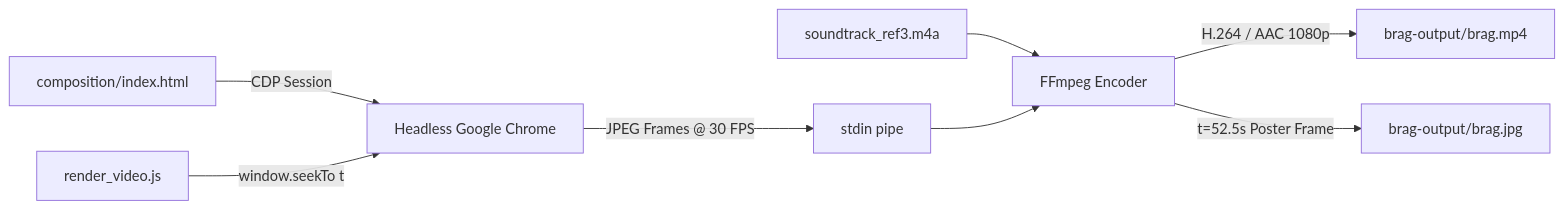
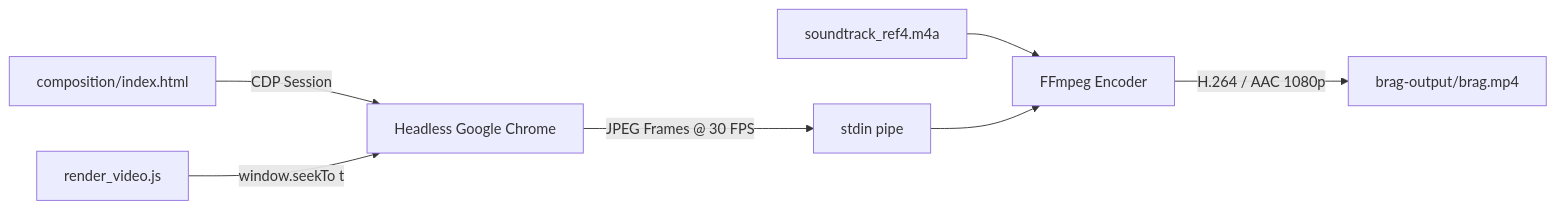
Before and after one commit to MdKasif0/iWriteTech-Video: the diagram in README.md, drawn with Mermaid. The commit also changed other lines of this file and 3 other files, not shown here.

````diff
--- a/README.md
+++ b/README.md
@@ -93,10 +93,9 @@
 ```mermaid
 graph LR
     HTML[composition/index.html] -->|CDP Session| Chrome[Headless Google Chrome]
     Script[render_video.js] -->|window.seekTo t | Chrome
     Chrome -->|JPEG Frames @ 30 FPS| Pipe[stdin pipe]
-    Audio[soundtrack_ref3.m4a] --> FFmpeg[FFmpeg Encoder]
+    Audio[soundtrack_ref4.m4a] --> FFmpeg[FFmpeg Encoder]
     Pipe --> FFmpeg
     FFmpeg -->|H.264 / AAC 1080p| MP4[brag-output/brag.mp4]
-    FFmpeg -->|t=52.5s Poster Frame| Poster[brag-output/brag.jpg]
 ```
````
